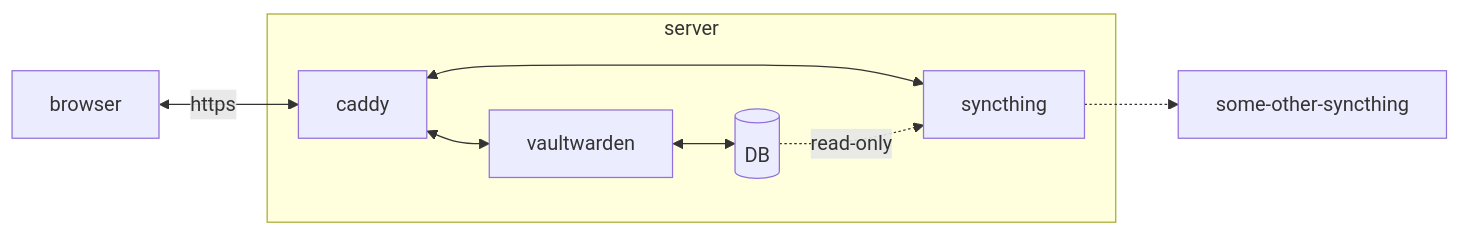
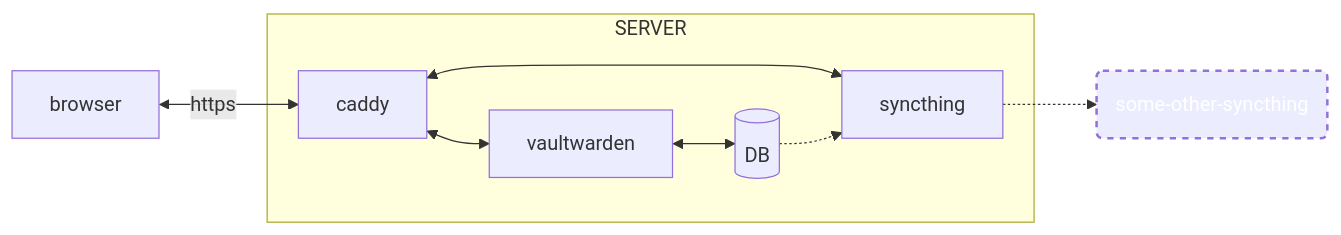
One commit to FilipHarald/selfhosted changed the diagram in README.md. Above: the diagram before and after it, drawn with Mermaid. The commit also changed other lines of this file and 5 other files, not shown here.

````diff
--- a/README.md
+++ b/README.md
@@ -5,13 +13,14 @@
 ```mermaid
 flowchart LR
     db[(DB)]
-
     browser <-- https --> caddy
-    subgraph ide1 [server]
+    subgraph SERVER
         caddy <--> vaultwarden
         caddy <--> syncthing
         vaultwarden <--> db
-        db -. read-only .-> syncthing
+        db -.-> syncthing
     end
-    syncthing-.->some-other-syncthing
+    syncthing-.->id1(some-other-syncthing)
+    style id1 fill:stroke:#f66,stroke-width:2px,color:#fff,stroke-dasharray: 5 5
+
 ```
````
